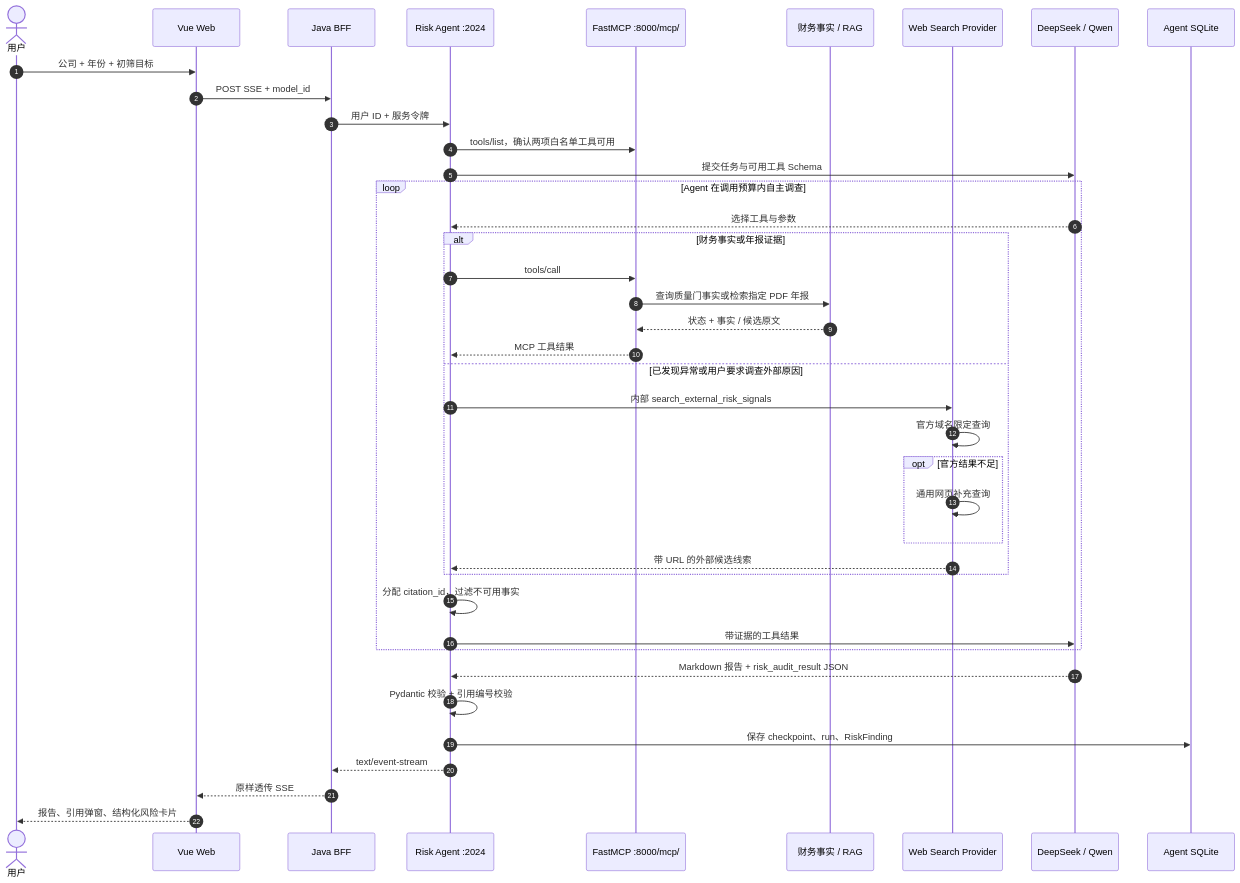
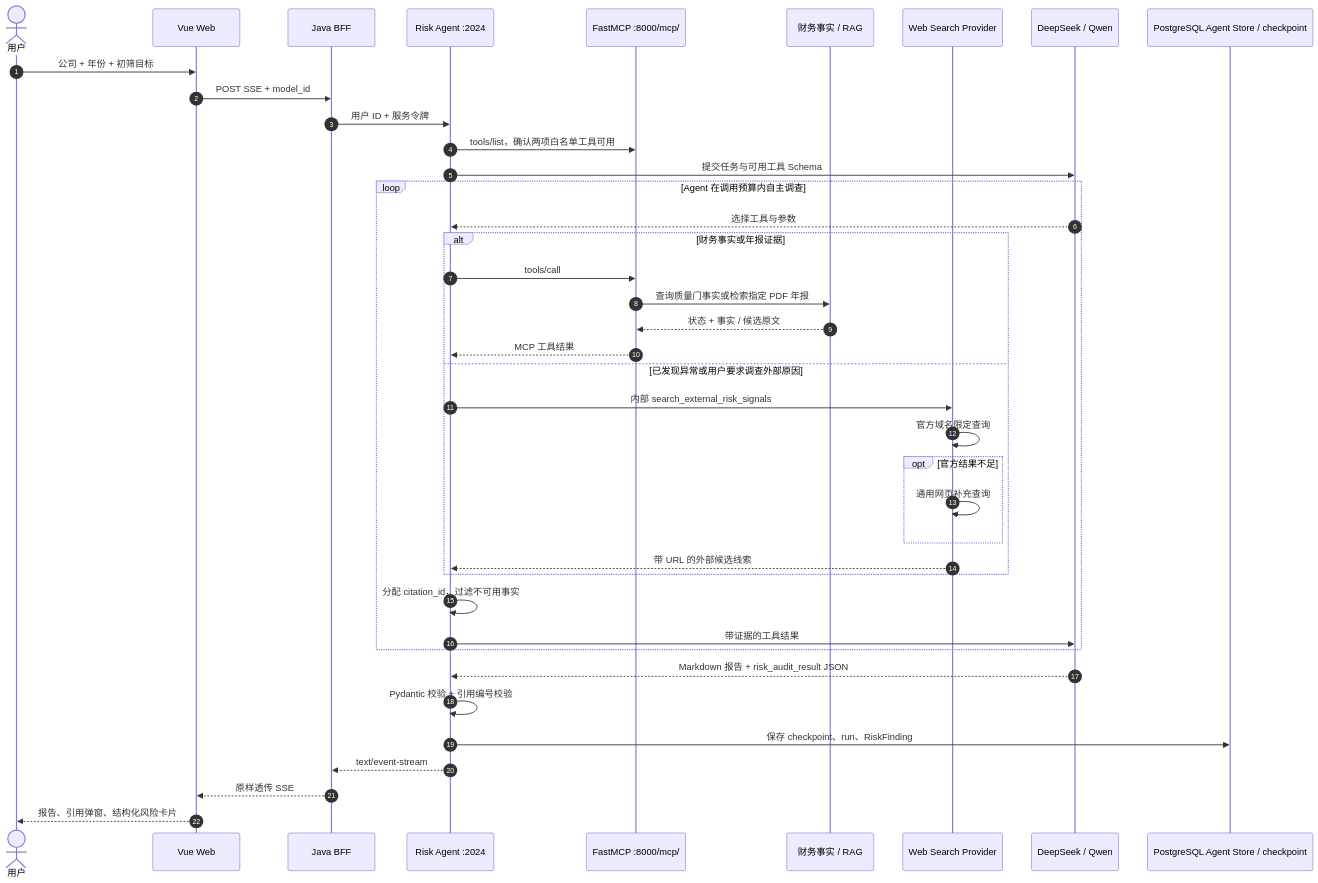
One commit to WWBQ/regops_copilot changed the third of 4 diagrams in docs/ARCHITECTURE.md. Above: the diagram before and after it, drawn with Mermaid. The commit also changed other lines of this file and 133 other files, not shown here.

````diff
--- a/docs/ARCHITECTURE.md
+++ b/docs/ARCHITECTURE.md
@@ -74,43 +86,43 @@
 ```mermaid
 sequenceDiagram
     autonumber
     actor U as 用户
     participant W as Vue Web
     participant J as Java BFF
     participant A as Risk Agent :2024
     participant M as FastMCP :8000/mcp/
     participant D as 财务事实 / RAG
     participant E as Web Search Provider
     participant L as DeepSeek / Qwen
-    participant S as Agent SQLite
+    participant S as PostgreSQL Agent Store / checkpoint
 
     U->>W: 公司 + 年份 + 初筛目标
     W->>J: POST SSE + model_id
     J->>A: 用户 ID + 服务令牌
     A->>M: tools/list，确认两项白名单工具可用
     A->>L: 提交任务与可用工具 Schema
     loop Agent 在调用预算内自主调查
         L-->>A: 选择工具与参数
         alt 财务事实或年报证据
             A->>M: tools/call
             M->>D: 查询质量门事实或检索指定 PDF 年报
             D-->>M: 状态 + 事实 / 候选原文
             M-->>A: MCP 工具结果
         else 已发现异常或用户要求调查外部原因
             A->>E: 内部 search_external_risk_signals
             E->>E: 官方域名限定查询
             opt 官方结果不足
                 E->>E: 通用网页补充查询
             end
             E-->>A: 带 URL 的外部候选线索
         end
         A->>A: 分配 citation_id，过滤不可用事实
         A->>L: 带证据的工具结果
     end
     L-->>A: Markdown 报告 + risk_audit_result JSON
     A->>A: Pydantic 校验 + 引用编号校验
     A->>S: 保存 checkpoint、run、RiskFinding
     A-->>J: text/event-stream
     J-->>W: 原样透传 SSE
     W-->>U: 报告、引用弹窗、结构化风险卡片
 ```
````
